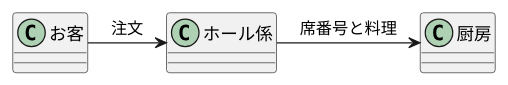
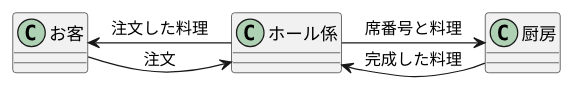
One commit to Aso2001399/2021sys-design changed the diagram in Kadai3.md. Above: the diagram before and after it, drawn with PlantUML.

````diff
--- a/Kadai3.md
+++ b/Kadai3.md
@@ -1,6 +1,8 @@
 ```uml
 @startuml
-お客 -> ホール係: 注文
+お客 -> ホール係:注文
 ホール係 => 厨房:席番号と料理
+厨房 -->ホール係:完成した料理
+ホール係 -->お客:注文した料理
 @enduml
 ```
````
